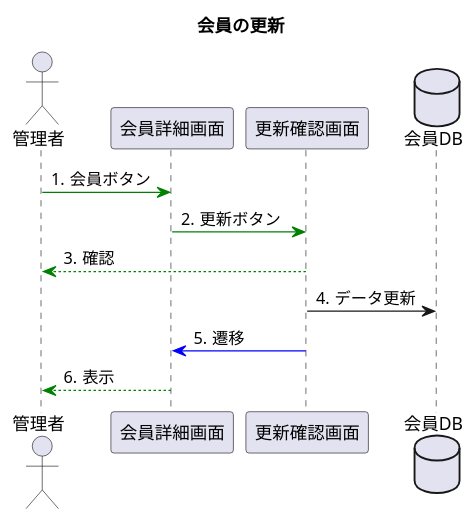
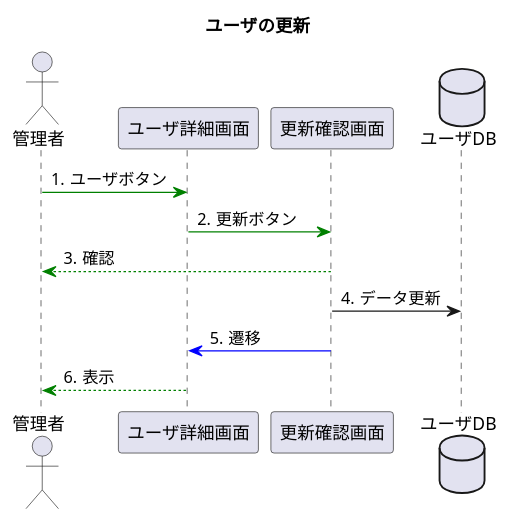
One commit to toufu66/ProjectC changed the diagram in uml/seq_update.pu. Above: the diagram before and after it, drawn with PlantUML. The commit also changed 1 other file, not shown here.

```diff
--- a/uml/seq_update.pu
+++ b/uml/seq_update.pu
@@ -1,18 +1,18 @@
 @startuml
-title 会員の更新
+title ユーザの更新
 
 autonumber "#."
 
 actor 管理者
-participant 会員詳細画面
+participant ユーザ詳細画面
 participant 更新確認画面
-database 会員DB
+database ユーザDB
 
 
-管理者 -[#green]> 会員詳細画面:会員ボタン
-会員詳細画面 -[#green]> 更新確認画面:更新ボタン
+管理者 -[#green]> ユーザ詳細画面:ユーザボタン
+ユーザ詳細画面 -[#green]> 更新確認画面:更新ボタン
 更新確認画面 --[#green]> 管理者:確認
-更新確認画面 -> 会員DB:データ更新
-更新確認画面 -[#blue]> 会員詳細画面:遷移
-会員詳細画面 --[#green]> 管理者:表示
+更新確認画面 -> ユーザDB:データ更新
+更新確認画面 -[#blue]> ユーザ詳細画面:遷移
+ユーザ詳細画面 --[#green]> 管理者:表示
 @enduml
```
